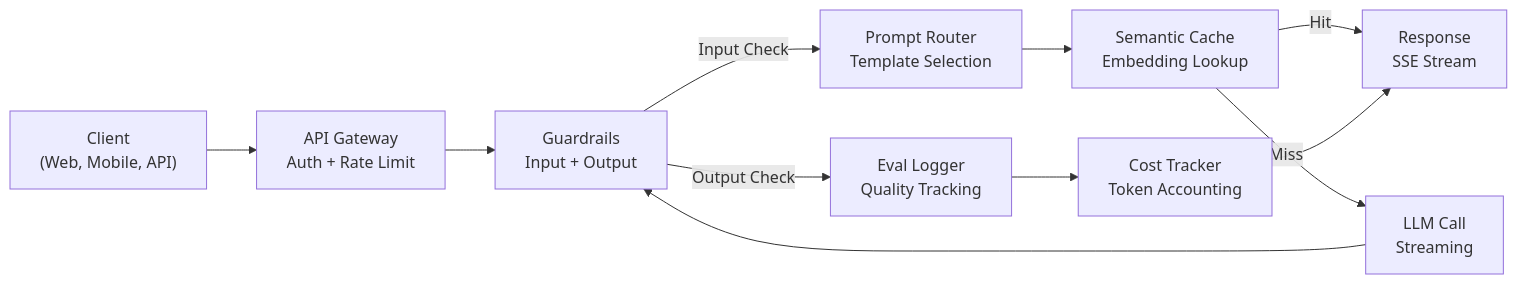
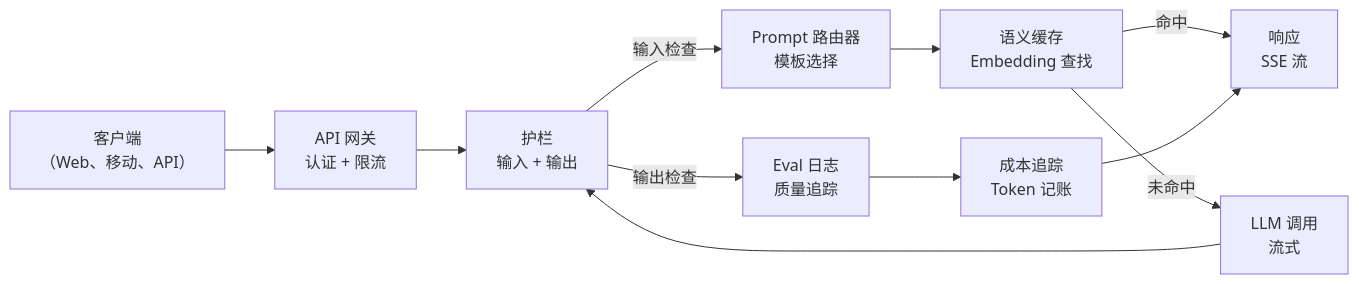
Before and after one commit to alessandrodinisio-ai/ai-engineering-learning-framework: the first of 3 diagrams in phases/11-llm-engineering/13-production-app/docs/zh.md, drawn with Mermaid. The commit also changed other lines of this file and 120 other files, not shown here.

First line of the commit message:
i18n(mermaid): 337 个 mermaid 图表标签中文化

````diff
--- a/phases/11-llm-engineering/13-production-app/docs/zh.md
+++ b/phases/11-llm-engineering/13-production-app/docs/zh.md
@@ -41,21 +41,21 @@
 ```mermaid
 graph LR
-    Client["Client<br/>(Web, Mobile, API)"]
-    GW["API Gateway<br/>Auth + Rate Limit"]
-    PR["Prompt Router<br/>Template Selection"]
-    Cache["Semantic Cache<br/>Embedding Lookup"]
-    LLM["LLM Call<br/>Streaming"]
-    Guard["Guardrails<br/>Input + Output"]
-    Eval["Eval Logger<br/>Quality Tracking"]
-    Cost["Cost Tracker<br/>Token Accounting"]
-    Resp["Response<br/>SSE Stream"]
+    Client["客户端<br/>（Web、移动、API）"]
+    GW["API 网关<br/>认证 + 限流"]
+    PR["Prompt 路由器<br/>模板选择"]
+    Cache["语义缓存<br/>Embedding 查找"]
+    LLM["LLM 调用<br/>流式"]
+    Guard["护栏<br/>输入 + 输出"]
+    Eval["Eval 日志<br/>质量追踪"]
+    Cost["成本追踪<br/>Token 记账"]
+    Resp["响应<br/>SSE 流"]
 
     Client --> GW --> Guard
-    Guard -->|Input Check| PR
+    Guard -->|输入检查| PR
     PR --> Cache
-    Cache -->|Hit| Resp
-    Cache -->|Miss| LLM
+    Cache -->|命中| Resp
+    Cache -->|未命中| LLM
     LLM --> Guard
-    Guard -->|Output Check| Eval
+    Guard -->|输出检查| Eval
     Eval --> Cost --> Resp
 ```
````
